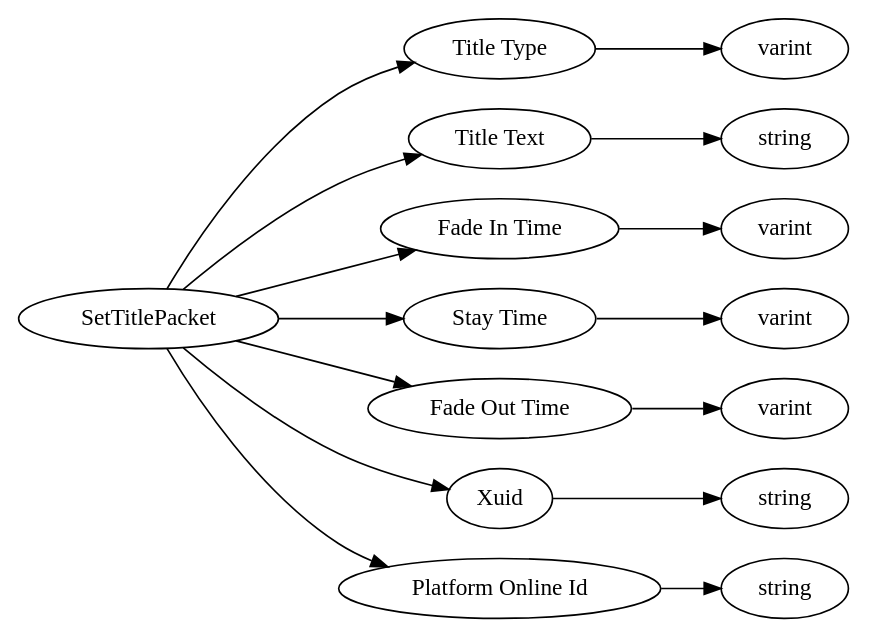
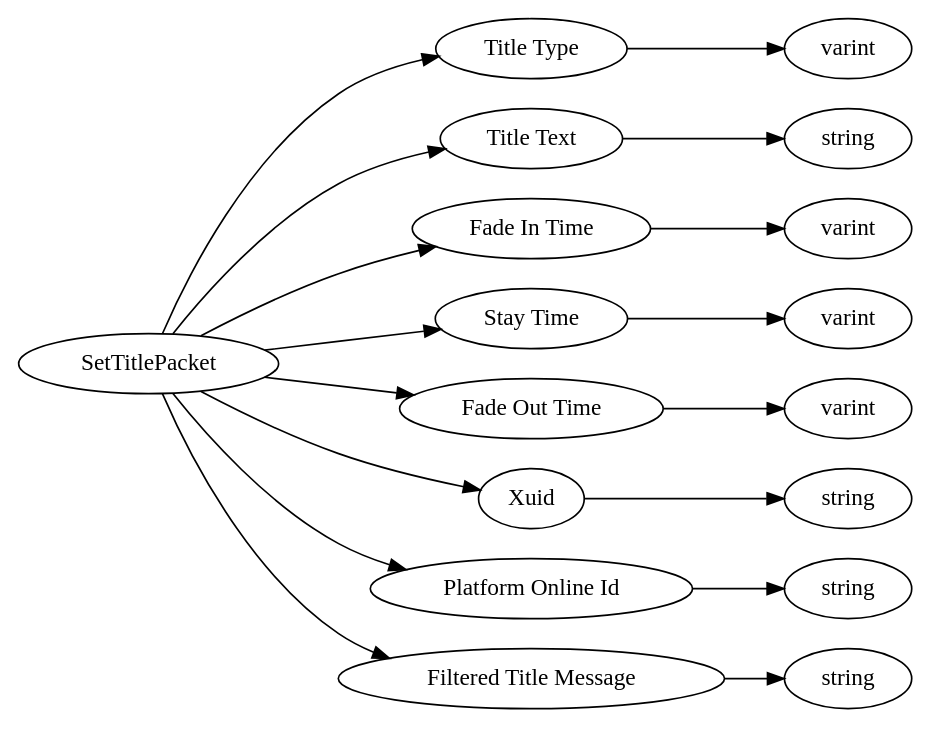
Before and after one commit to MiemieMethod/bedrock-docs-generator: the diagram in assets/protocols/dot/SetTitlePacket.dot, drawn with Graphviz. The commit also changed 712 other files, not shown here.

```diff
--- a/assets/protocols/dot/SetTitlePacket.dot
+++ b/assets/protocols/dot/SetTitlePacket.dot
@@ -1,36 +1,40 @@
 digraph "SetTitlePacket" {
 rankdir = LR
 0
 0 -> 1
 1 -> 2
 0 -> 3
 3 -> 4
 0 -> 5
 5 -> 6
 0 -> 7
 7 -> 8
 0 -> 9
 9 -> 10
 0 -> 11
 11 -> 12
 0 -> 13
 13 -> 14
+0 -> 15
+15 -> 16
 
 0 [label="SetTitlePacket",comment="name: \"SetTitlePacket\", typeName: \"\", id: 0, branchId: 88, recurseId: -1, attributes: 0, notes: \"\""];
 1 [label="Title Type",comment="name: \"Title Type\", typeName: \"\", id: 1, branchId: 0, recurseId: -1, attributes: 0, notes: \"\""];
 2 [label="varint",comment="name: \"varint\", typeName: \"\", id: 2, branchId: 0, recurseId: -1, attributes: 512, notes: \"\""];
 3 [label="Title Text",comment="name: \"Title Text\", typeName: \"\", id: 3, branchId: 0, recurseId: -1, attributes: 0, notes: \"\""];
 4 [label="string",comment="name: \"string\", typeName: \"\", id: 4, branchId: 0, recurseId: -1, attributes: 512, notes: \"\""];
 5 [label="Fade In Time",comment="name: \"Fade In Time\", typeName: \"\", id: 5, branchId: 0, recurseId: -1, attributes: 0, notes: \"\""];
 6 [label="varint",comment="name: \"varint\", typeName: \"\", id: 6, branchId: 0, recurseId: -1, attributes: 512, notes: \"\""];
 7 [label="Stay Time",comment="name: \"Stay Time\", typeName: \"\", id: 7, branchId: 0, recurseId: -1, attributes: 0, notes: \"\""];
 8 [label="varint",comment="name: \"varint\", typeName: \"\", id: 8, branchId: 0, recurseId: -1, attributes: 512, notes: \"\""];
 9 [label="Fade Out Time",comment="name: \"Fade Out Time\", typeName: \"\", id: 9, branchId: 0, recurseId: -1, attributes: 0, notes: \"\""];
 10 [label="varint",comment="name: \"varint\", typeName: \"\", id: 10, branchId: 0, recurseId: -1, attributes: 512, notes: \"\""];
 11 [label="Xuid",comment="name: \"Xuid\", typeName: \"\", id: 11, branchId: 0, recurseId: -1, attributes: 0, notes: \"\""];
 12 [label="string",comment="name: \"string\", typeName: \"\", id: 12, branchId: 0, recurseId: -1, attributes: 512, notes: \"\""];
 13 [label="Platform Online Id",comment="name: \"Platform Online Id\", typeName: \"\", id: 13, branchId: 0, recurseId: -1, attributes: 0, notes: \"\""];
 14 [label="string",comment="name: \"string\", typeName: \"\", id: 14, branchId: 0, recurseId: -1, attributes: 512, notes: \"\""];
-{ rank = max;2;4;6;8;10;12;14}
+15 [label="Filtered Title Message",comment="name: \"Filtered Title Message\", typeName: \"\", id: 15, branchId: 0, recurseId: -1, attributes: 0, notes: \"\""];
+16 [label="string",comment="name: \"string\", typeName: \"\", id: 16, branchId: 0, recurseId: -1, attributes: 512, notes: \"\""];
+{ rank = max;2;4;6;8;10;12;14;16}
 
 }
```
